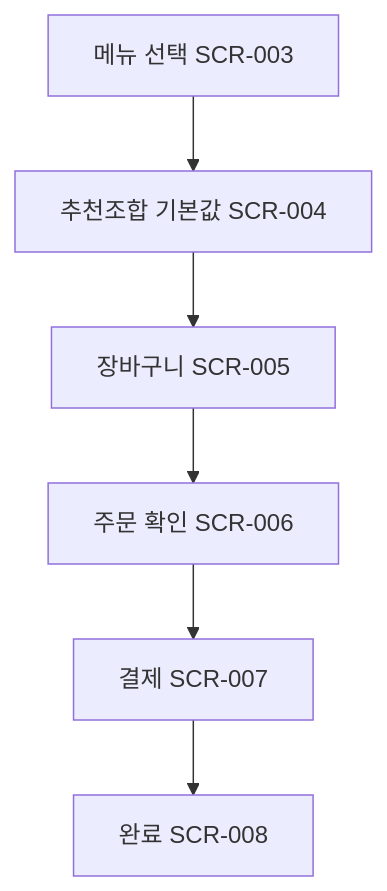
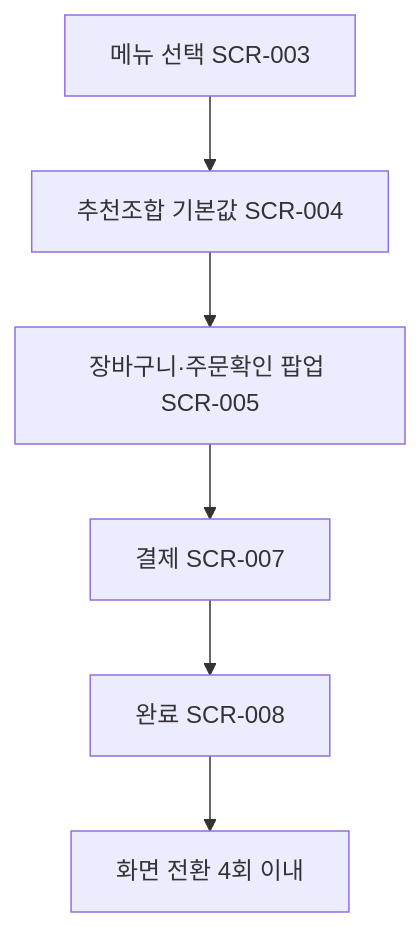
One commit to hagenie128/ASAK changed the third of 25 diagrams in docs/wiki/user-scenarios.md. Above: the diagram before and after it, drawn with Mermaid. The commit also changed other lines of this file and 241 other files, not shown here.

````diff
--- a/docs/wiki/user-scenarios.md
+++ b/docs/wiki/user-scenarios.md
@@ -48,8 +47,8 @@
 ```mermaid
 flowchart TD
     A[메뉴 선택 SCR-003] --> B[추천조합 기본값 SCR-004]
-    B --> C[장바구니 SCR-005]
-    C --> D[주문 확인 SCR-006]
-    D --> E[결제 SCR-007]
-    E --> F[완료 SCR-008]
+    B --> C[장바구니·주문확인 팝업 SCR-005]
+    C --> D[결제 SCR-007]
+    D --> E[완료 SCR-008]
+    E --> F[화면 전환 4회 이내]
 ```
````
